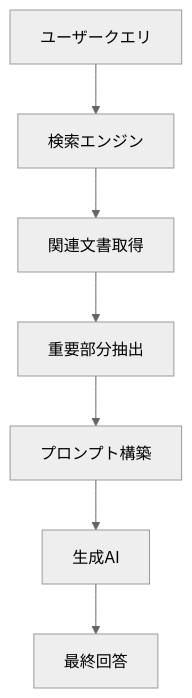
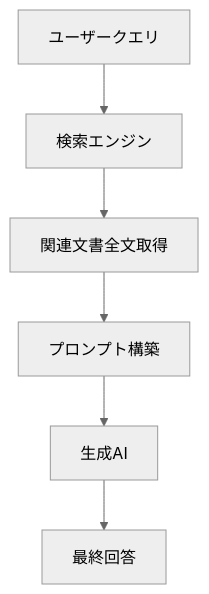
The third of 7 diagrams in workspace/business_tasks_workspace/projects/company_ai_promotion/archive/documents/manuals/rag_handson_guide.md (matsuni-kk/BMS), drawn with Mermaid (neutral theme) before and after one commit. The commit also changed other lines of this file and 1 other file, not shown here.

````diff
--- a/workspace/business_tasks_workspace/projects/company_ai_promotion/archive/documents/manuals/rag_handson_guide.md
+++ b/workspace/business_tasks_workspace/projects/company_ai_promotion/archive/documents/manuals/rag_handson_guide.md
@@ -135,9 +221,8 @@
 ```mermaid
 graph TD
     A[ユーザークエリ] --> B[検索エンジン]
-    B --> C[関連文書取得]
-    C --> D[重要部分抽出]
-    D --> E[プロンプト構築]
-    E --> F[生成AI]
-    F --> G[最終回答]
+    B --> C[関連文書全文取得]
+    C --> D[プロンプト構築]
+    D --> E[生成AI]
+    E --> F[最終回答]
 ```
````
